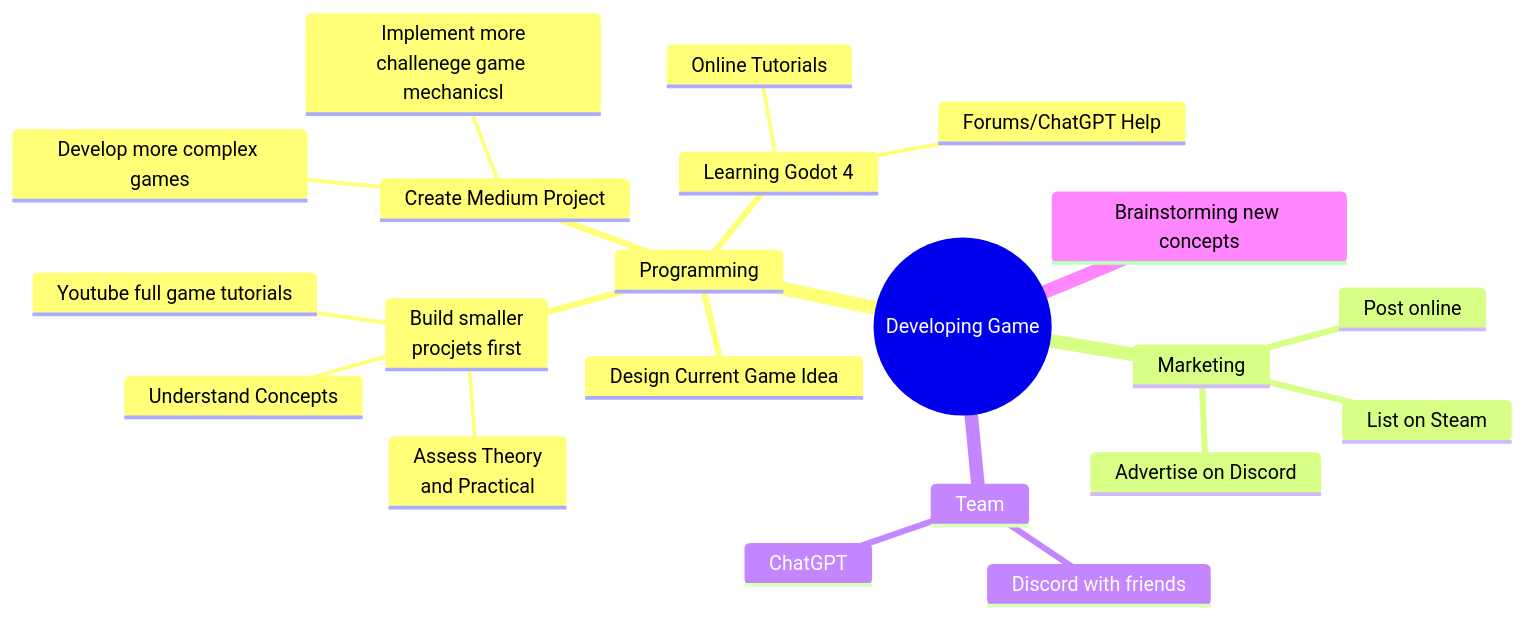
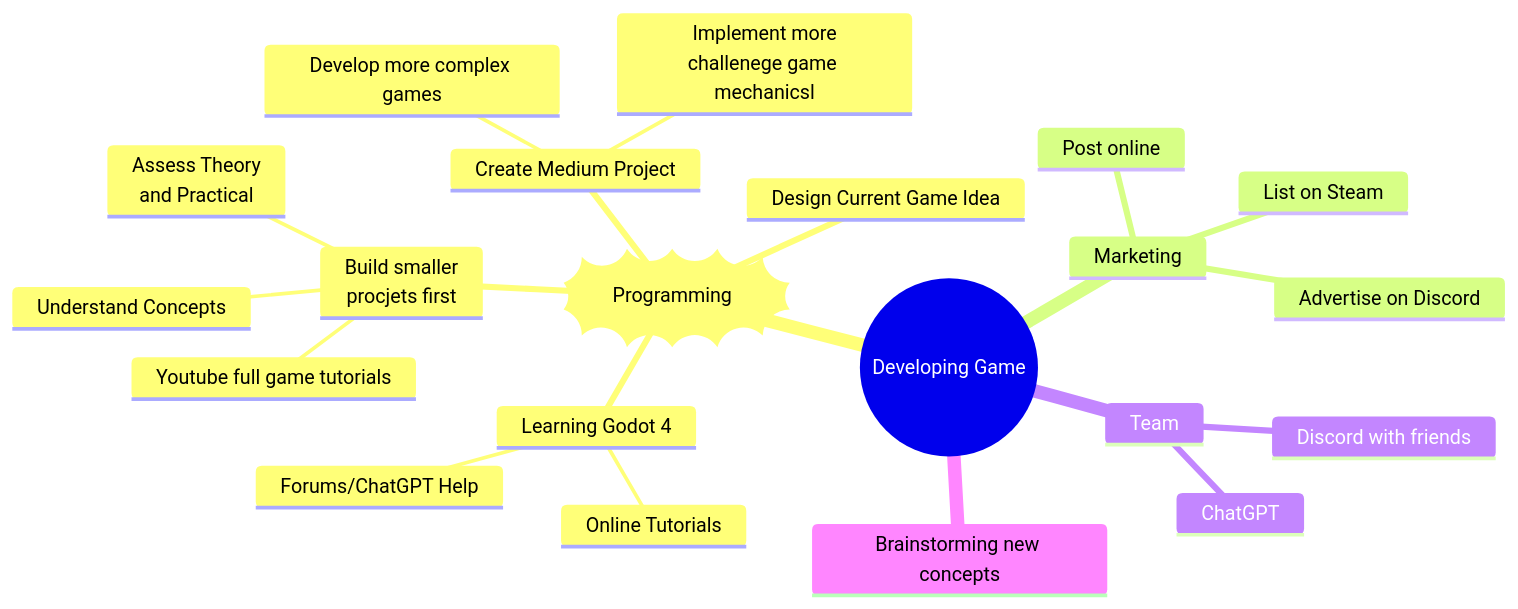
One commit to Swankyjazz/Swankyjazz changed the diagram in README.md. Above: the diagram before and after it, drawn with Mermaid.

````diff
--- a/README.md
+++ b/README.md
@@ -9,24 +9,24 @@
 ```mermaid
 mindmap
   root((Developing Game))
-    Programming
+    id))Programming((
       Learning Godot 4
         Online Tutorials
         Forums/ChatGPT Help
       Build smaller<br/>procjets first
         Youtube full game tutorials
         Understand Concepts
         Assess Theory<br/>and Practical
       Create Medium Project
         Develop more complex games
         Implement more<br/>challenege game mechanicsl
       Design Current Game Idea
     Marketing
       Advertise on Discord
       List on Steam
       Post online
     Team
       Discord with friends
       ChatGPT
     Brainstorming new concepts
 ``` 
````
